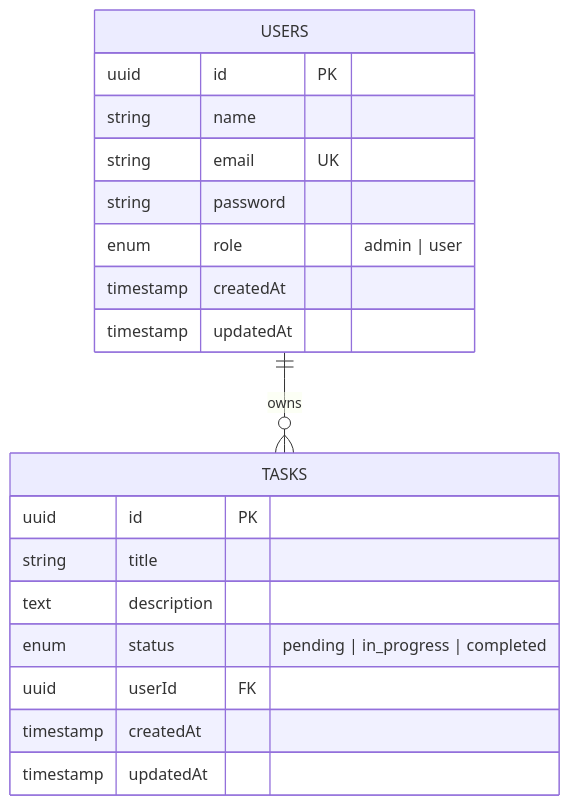
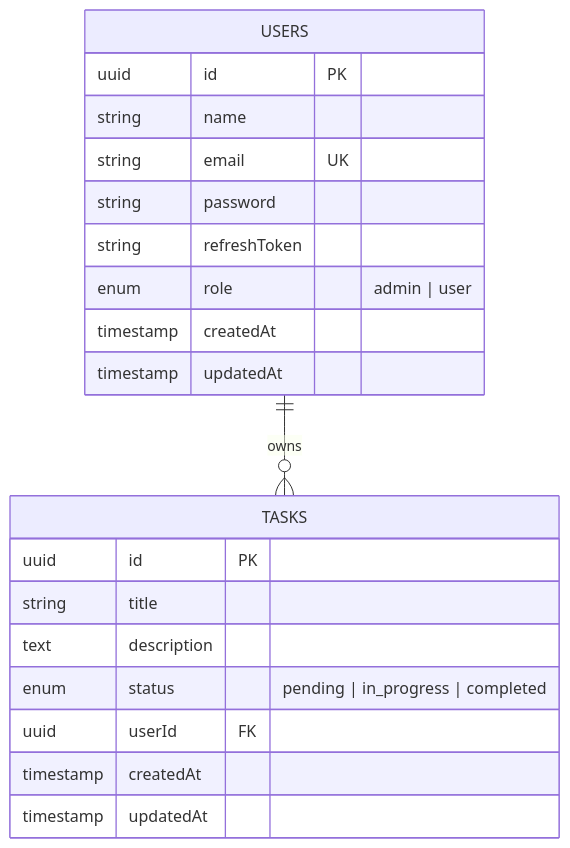
One commit to ManojBelbase/task-flow changed the second of 2 diagrams in README.md. Above: the diagram before and after it, drawn with Mermaid. The commit also changed other lines of this file and 28 other files, not shown here.

Commit message:
feat(auth) refresh token , code optimization

````diff
--- a/README.md
+++ b/README.md
@@ -82,22 +93,23 @@
 ```mermaid
 erDiagram
     USERS ||--o{ TASKS : "owns"
     USERS {
         uuid id PK
         string name
         string email UK
         string password
+        string refreshToken
         enum role "admin | user"
         timestamp createdAt
         timestamp updatedAt
     }
     TASKS {
         uuid id PK
         string title
         text description
         enum status "pending | in_progress | completed"
         uuid userId FK
         timestamp createdAt
         timestamp updatedAt
     }
 ```
````
